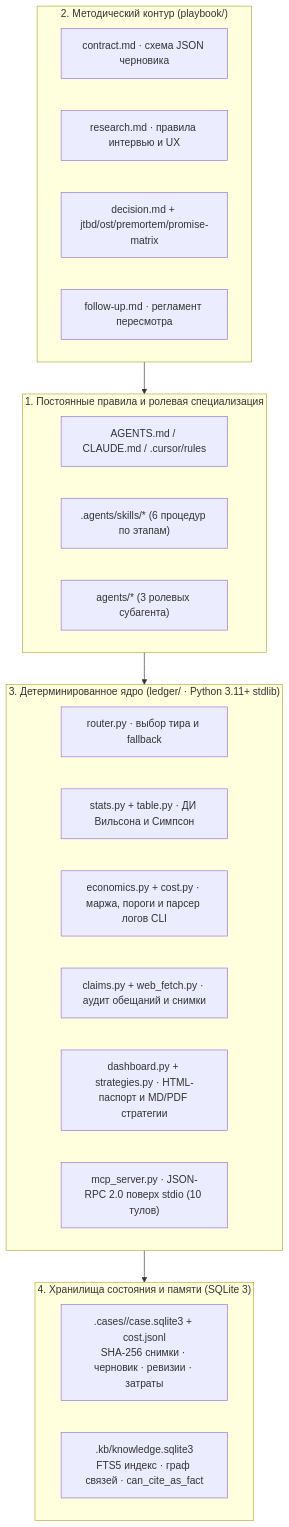
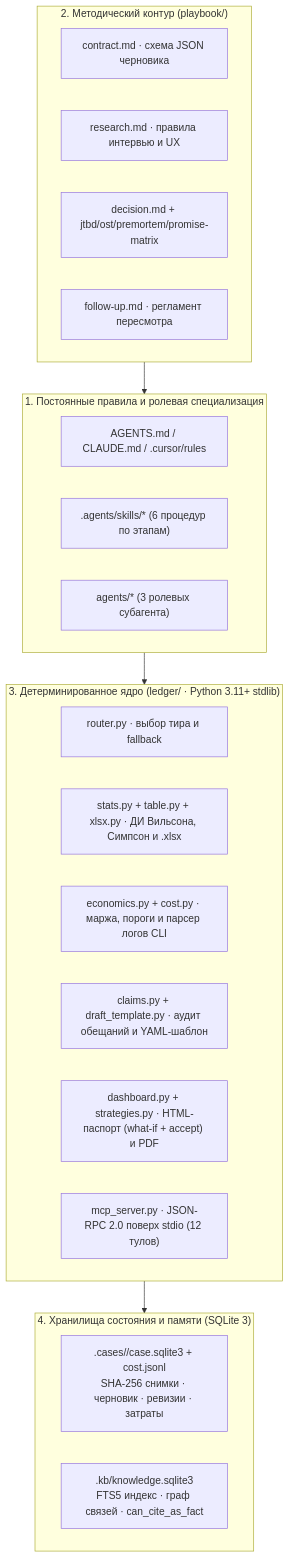
One commit to artemmalanin979-create/decision-ledger changed the diagram in docs/architecture.md. Above: the diagram before and after it, drawn with Mermaid. The commit also changed other lines of this file and 53 other files, not shown here.

Commit message:
Add second real open-data case (megakino-plus-2027), refresh passports with what-if/accept, and update docs

````diff
--- a/docs/architecture.md
+++ b/docs/architecture.md
@@ -13,33 +13,33 @@
 ```mermaid
 flowchart TB
     subgraph L1["1. Постоянные правила и ролевая специализация"]
         A1["AGENTS.md / CLAUDE.md / .cursor/rules"]
         A2[".agents/skills/* (6 процедур по этапам)"]
         A3["agents/* (3 ролевых субагента)"]
     end
 
     subgraph L2["2. Методический контур (playbook/)"]
         P1["contract.md · схема JSON черновика"]
         P2["research.md · правила интервью и UX"]
         P3["decision.md + jtbd/ost/premortem/promise-matrix"]
         P4["follow-up.md · регламент пересмотра"]
     end
 
     subgraph L3["3. Детерминированное ядро (ledger/ · Python 3.11+ stdlib)"]
         C1["router.py · выбор тира и fallback"]
-        C2["stats.py + table.py · ДИ Вильсона и Симпсон"]
+        C2["stats.py + table.py + xlsx.py · ДИ Вильсона, Симпсон и .xlsx"]
         C3["economics.py + cost.py · маржа, пороги и парсер логов CLI"]
-        C4["claims.py + web_fetch.py · аудит обещаний и снимки"]
-        C5["dashboard.py + strategies.py · HTML-паспорт и MD/PDF стратегии"]
-        C6["mcp_server.py · JSON-RPC 2.0 поверх stdio (10 тулов)"]
+        C4["claims.py + draft_template.py · аудит обещаний и YAML-шаблон"]
+        C5["dashboard.py + strategies.py · HTML-паспорт (what-if + accept) и PDF"]
+        C6["mcp_server.py · JSON-RPC 2.0 поверх stdio (12 тулов)"]
     end
 
     subgraph L4["4. Хранилища состояния и памяти (SQLite 3)"]
         S1[".cases/<case>/case.sqlite3 + cost.jsonl\nSHA-256 снимки · черновик · ревизии · затраты"]
         S2[".kb/knowledge.sqlite3\nFTS5 индекс · граф связей · can_cite_as_fact"]
     end
 
     L1 --> L3
     L2 --> L1
     L3 --> L4
 ```
````
